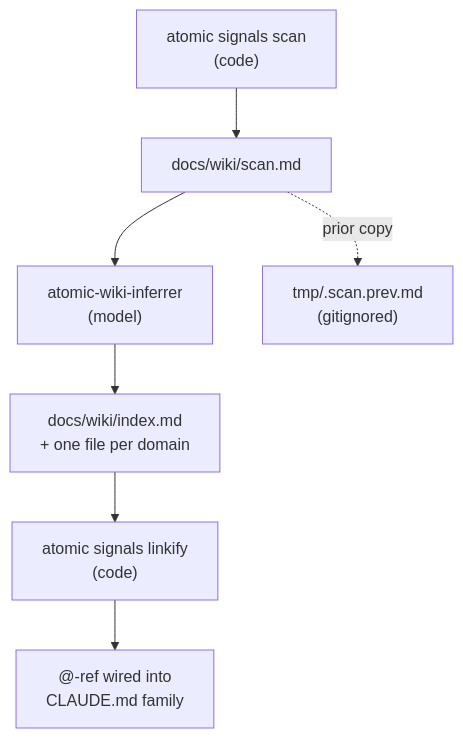
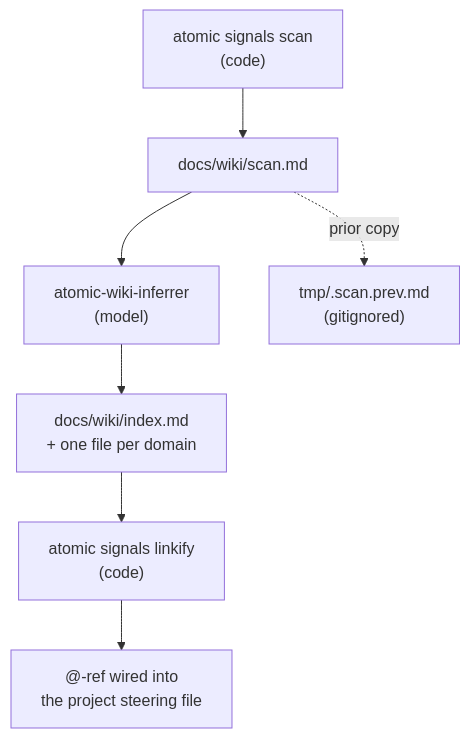
One commit to damusix/atomic-claude changed the first of 2 diagrams in docs/wiki/signals.md. Above: the diagram before and after it, drawn with Mermaid. The commit also changed other lines of this file and 21 other files, not shown here.

````diff
--- a/docs/wiki/signals.md
+++ b/docs/wiki/signals.md
@@ -30,9 +30,9 @@
 ```mermaid
 flowchart TD
     A["atomic signals scan<br/>(code)"] --> B["docs/wiki/scan.md"]
     B --> C["atomic-wiki-inferrer<br/>(model)"]
     C --> D["docs/wiki/index.md<br/>+ one file per domain"]
     D --> E["atomic signals linkify<br/>(code)"]
-    E --> F["@-ref wired into<br/>CLAUDE.md family"]
+    E --> F["@-ref wired into<br/>the project steering file"]
     B -.prior copy.-> G["tmp/.scan.prev.md<br/>(gitignored)"]
 ```
````
